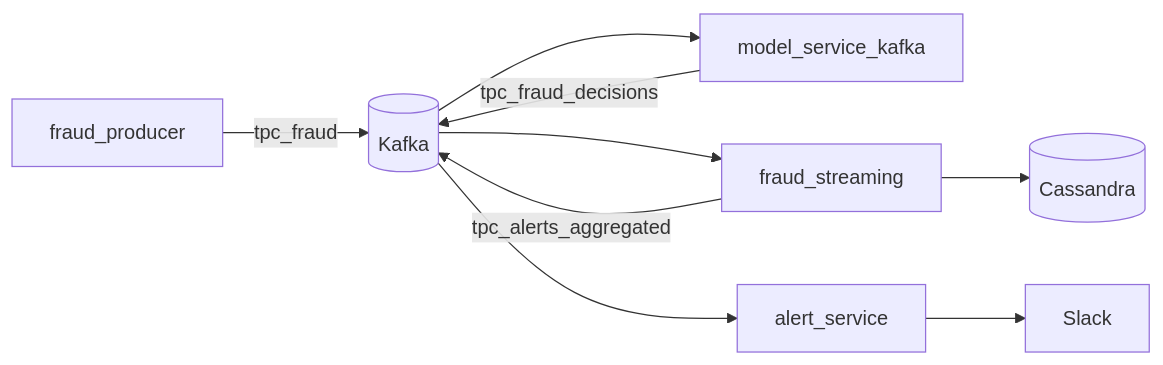
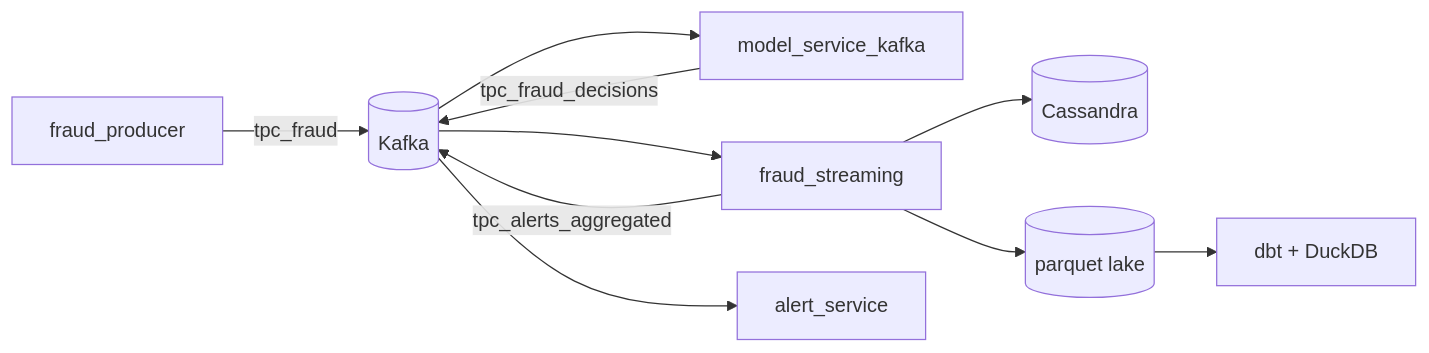
One commit to cyrilbs/fraud_pipeline changed the diagram in README.md. Above: the diagram before and after it, drawn with Mermaid. The commit also changed other lines of this file and 36 other files, not shown here.

````diff
--- a/README.md
+++ b/README.md
@@ -7,11 +20,12 @@
 ```mermaid
 flowchart LR
   Producer[fraud_producer] -->|tpc_fraud| Kafka[(Kafka)]
   Kafka --> Model[model_service_kafka]
   Model -->|tpc_fraud_decisions| Kafka
   Kafka --> Spark[fraud_streaming]
   Spark --> Cassandra[(Cassandra)]
+  Spark --> Parquet[(parquet lake)]
   Spark -->|tpc_alerts_aggregated| Kafka
   Kafka --> Alerts[alert_service]
-  Alerts --> Slack[Slack]
+  Parquet --> Dbt[dbt + DuckDB]
 ```
````
